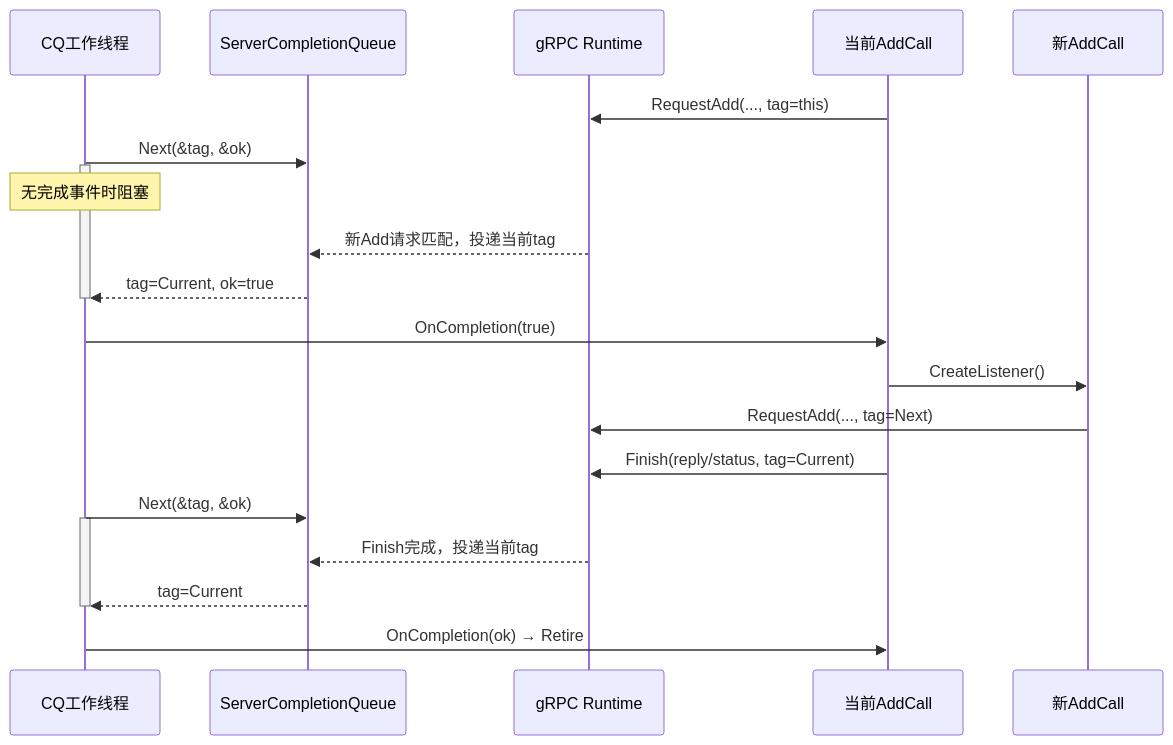
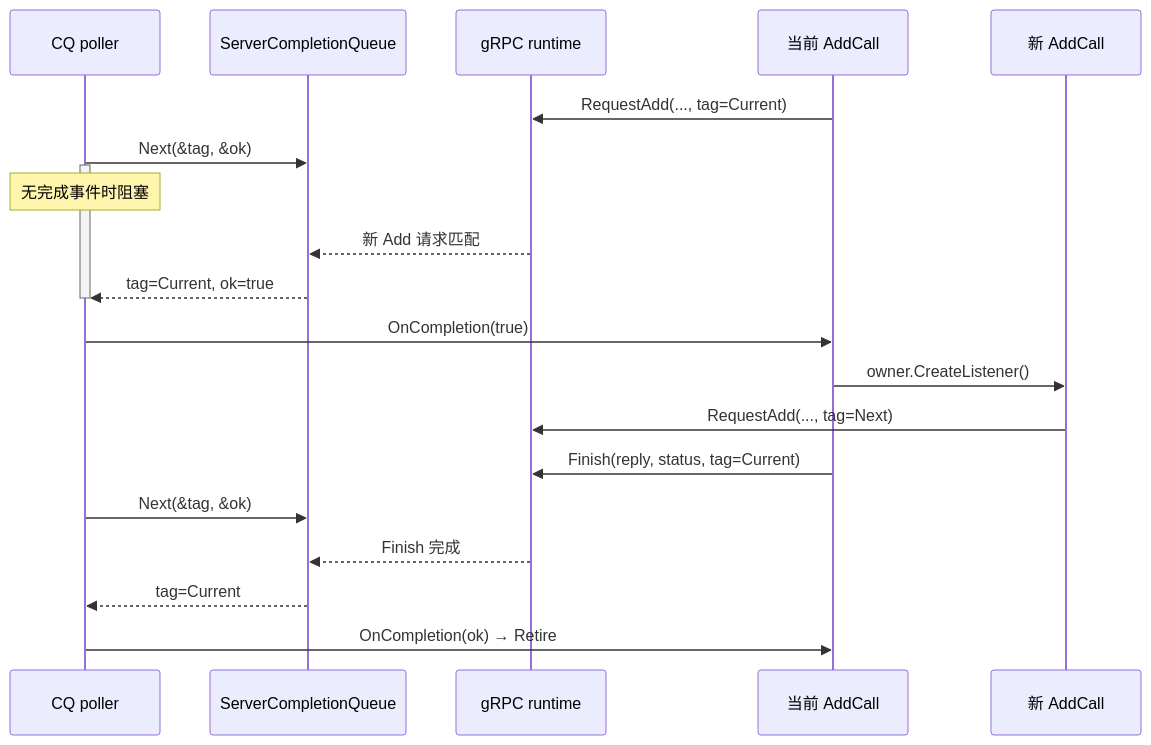
One commit to 495229520/obsidian_notes changed the first of 2 diagrams in 3.Linux/18. 高级网络编程与 RPC/03. 异步与事件驱动/18.5 gRPC Completion Queue：异步 Add RPC.md. Above: the diagram before and after it, drawn with Mermaid. The commit also changed other lines of this file and 4 other files, not shown here.

Commit message:
Improve async RPC notes and diagrams

````diff
--- a/3.Linux/18. 高级网络编程与 RPC/03. 异步与事件驱动/18.5 gRPC Completion Queue：异步 Add RPC.md
+++ b/3.Linux/18. 高级网络编程与 RPC/03. 异步与事件驱动/18.5 gRPC Completion Queue：异步 Add RPC.md
@@ -379,28 +246,26 @@
 ```mermaid
 sequenceDiagram
-    participant Poller as CQ工作线程
+    participant Poller as CQ poller
     participant CQ as ServerCompletionQueue
-    participant Runtime as gRPC Runtime
-    participant Current as 当前AddCall
-    participant Next as 新AddCall
+    participant Runtime as gRPC runtime
+    participant Current as 当前 AddCall
+    participant Next as 新 AddCall
 
-    Current->>Runtime: RequestAdd(..., tag=this)
+    Current->>Runtime: RequestAdd(..., tag=Current)
     Poller->>CQ: Next(&tag, &ok)
     activate Poller
     Note over Poller: 无完成事件时阻塞
-    Runtime-->>CQ: 新Add请求匹配，投递当前tag
+    Runtime-->>CQ: 新 Add 请求匹配
     CQ-->>Poller: tag=Current, ok=true
     deactivate Poller
 
     Poller->>Current: OnCompletion(true)
-    Current->>Next: CreateListener()
+    Current->>Next: owner.CreateListener()
     Next->>Runtime: RequestAdd(..., tag=Next)
-    Current->>Runtime: Finish(reply/status, tag=Current)
+    Current->>Runtime: Finish(reply, status, tag=Current)
 
     Poller->>CQ: Next(&tag, &ok)
-    activate Poller
-    Runtime-->>CQ: Finish完成，投递当前tag
+    Runtime-->>CQ: Finish 完成
     CQ-->>Poller: tag=Current
-    deactivate Poller
     Poller->>Current: OnCompletion(ok) → Retire
 ```
````
